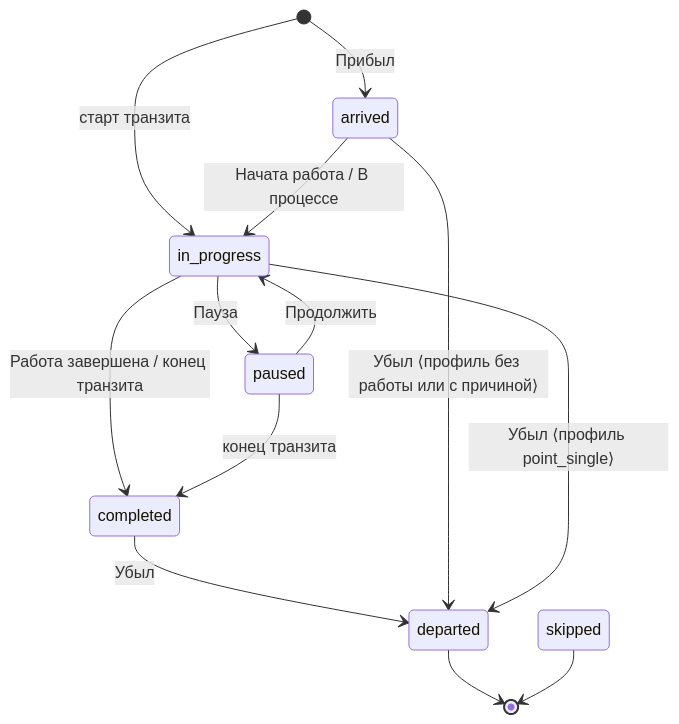
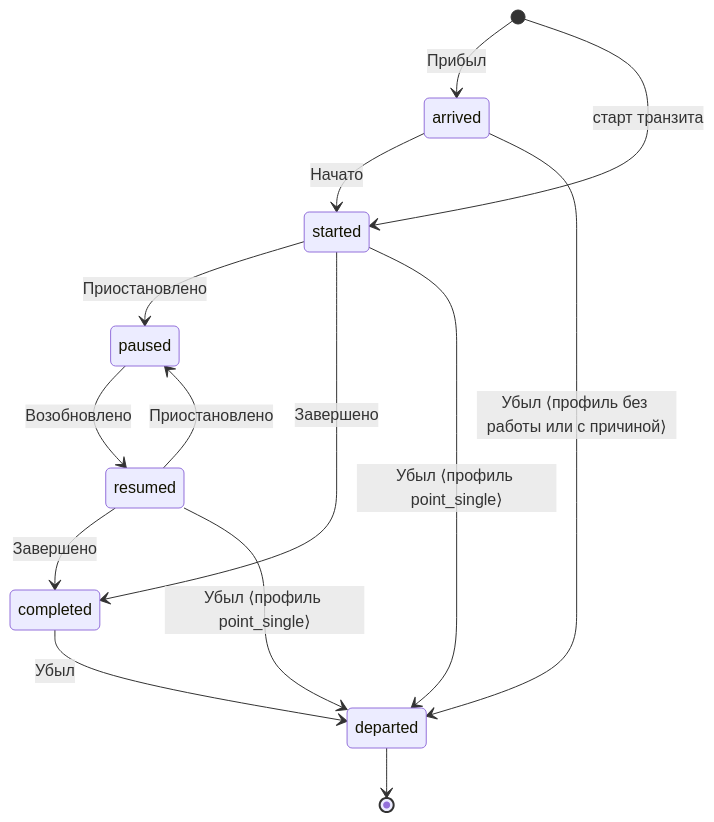
The first of 2 diagrams in docs/state-machine.md (spite-creator/plobi-chat), drawn with Mermaid before and after one commit. The commit also changed other lines of this file and 5 other files, not shown here.

````diff
--- a/docs/state-machine.md
+++ b/docs/state-machine.md
@@ -64,15 +61,16 @@
 ```mermaid
 stateDiagram-v2
     [*] --> arrived: Прибыл
-    [*] --> in_progress: старт транзита
-    arrived --> in_progress: Начата работа / В процессе
-    in_progress --> paused: Пауза
-    paused --> in_progress: Продолжить
-    in_progress --> completed: Работа завершена / конец транзита
-    paused --> completed: конец транзита
+    [*] --> started: старт транзита
+    arrived --> started: Начато
+    started --> paused: Приостановлено
+    resumed --> paused: Приостановлено
+    paused --> resumed: Возобновлено
+    started --> completed: Завершено
+    resumed --> completed: Завершено
     completed --> departed: Убыл
     arrived --> departed: Убыл ⟨профиль без работы или с причиной⟩
-    in_progress --> departed: Убыл ⟨профиль point_single⟩
+    started --> departed: Убыл ⟨профиль point_single⟩
+    resumed --> departed: Убыл ⟨профиль point_single⟩
     departed --> [*]
-    skipped --> [*]
 ```
````
